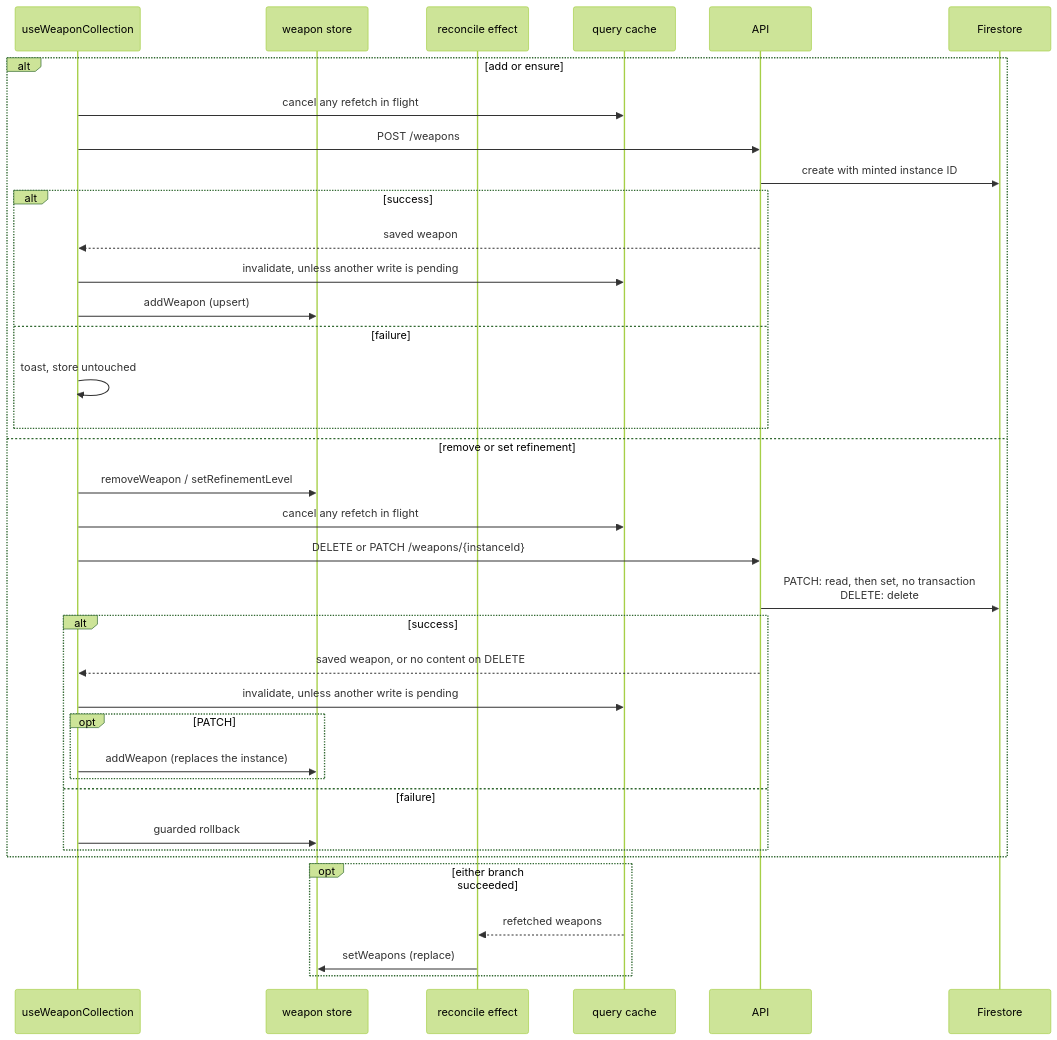
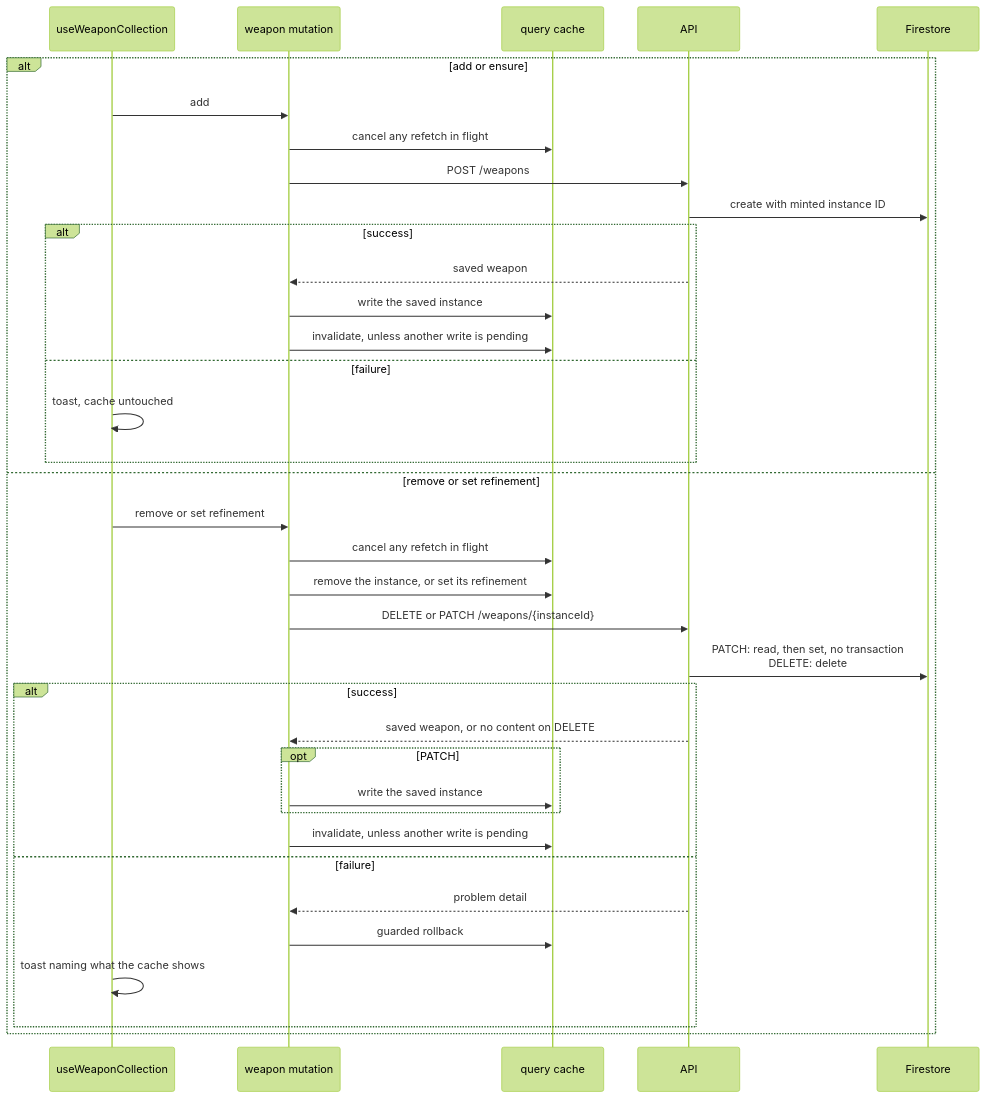
The second of 4 diagrams in docs/reference/data-flow-write-paths.md (dungeon-studio/genshin.dungeon.studio), drawn with Mermaid (forest theme) before and after one commit. The commit also changed other lines of this file and 20 other files, not shown here.

First line of the commit message:
refactor(web): keep weapons in the query cache (#2004)

````diff
--- a/docs/reference/data-flow-write-paths.md
+++ b/docs/reference/data-flow-write-paths.md
@@ -88,40 +94,39 @@
 ```mermaid
 sequenceDiagram
   participant Hook as useWeaponCollection
-  participant Store as weapon store
-  participant Reconcile as reconcile effect
+  participant Mutation as weapon mutation
   participant Cache as query cache
   participant API as API
   participant FS as Firestore
 
   alt add or ensure
-    Hook->>Cache: cancel any refetch in flight
-    Hook->>API: POST /weapons
+    Hook->>Mutation: add
+    Mutation->>Cache: cancel any refetch in flight
+    Mutation->>API: POST /weapons
     API->>FS: create with minted instance ID
     alt success
-      API-->>Hook: saved weapon
-      Hook->>Cache: invalidate, unless another write is pending
-      Hook->>Store: addWeapon (upsert)
+      API-->>Mutation: saved weapon
+      Mutation->>Cache: write the saved instance
+      Mutation->>Cache: invalidate, unless another write is pending
     else failure
-      Hook->>Hook: toast, store untouched
+      Hook->>Hook: toast, cache untouched
     end
   else remove or set refinement
-    Hook->>Store: removeWeapon / setRefinementLevel
-    Hook->>Cache: cancel any refetch in flight
-    Hook->>API: DELETE or PATCH /weapons/{instanceId}
+    Hook->>Mutation: remove or set refinement
+    Mutation->>Cache: cancel any refetch in flight
+    Mutation->>Cache: remove the instance, or set its refinement
+    Mutation->>API: DELETE or PATCH /weapons/{instanceId}
     API->>FS: PATCH: read, then set, no transaction<br>DELETE: delete
     alt success
-      API-->>Hook: saved weapon, or no content on DELETE
-      Hook->>Cache: invalidate, unless another write is pending
+      API-->>Mutation: saved weapon, or no content on DELETE
       opt PATCH
-        Hook->>Store: addWeapon (replaces the instance)
+        Mutation->>Cache: write the saved instance
       end
+      Mutation->>Cache: invalidate, unless another write is pending
     else failure
-      Hook->>Store: guarded rollback
+      API-->>Mutation: problem detail
+      Mutation->>Cache: guarded rollback
+      Hook->>Hook: toast naming what the cache shows
     end
   end
-  opt either branch succeeded
-    Cache-->>Reconcile: refetched weapons
-    Reconcile->>Store: setWeapons (replace)
-  end
 ```
````
